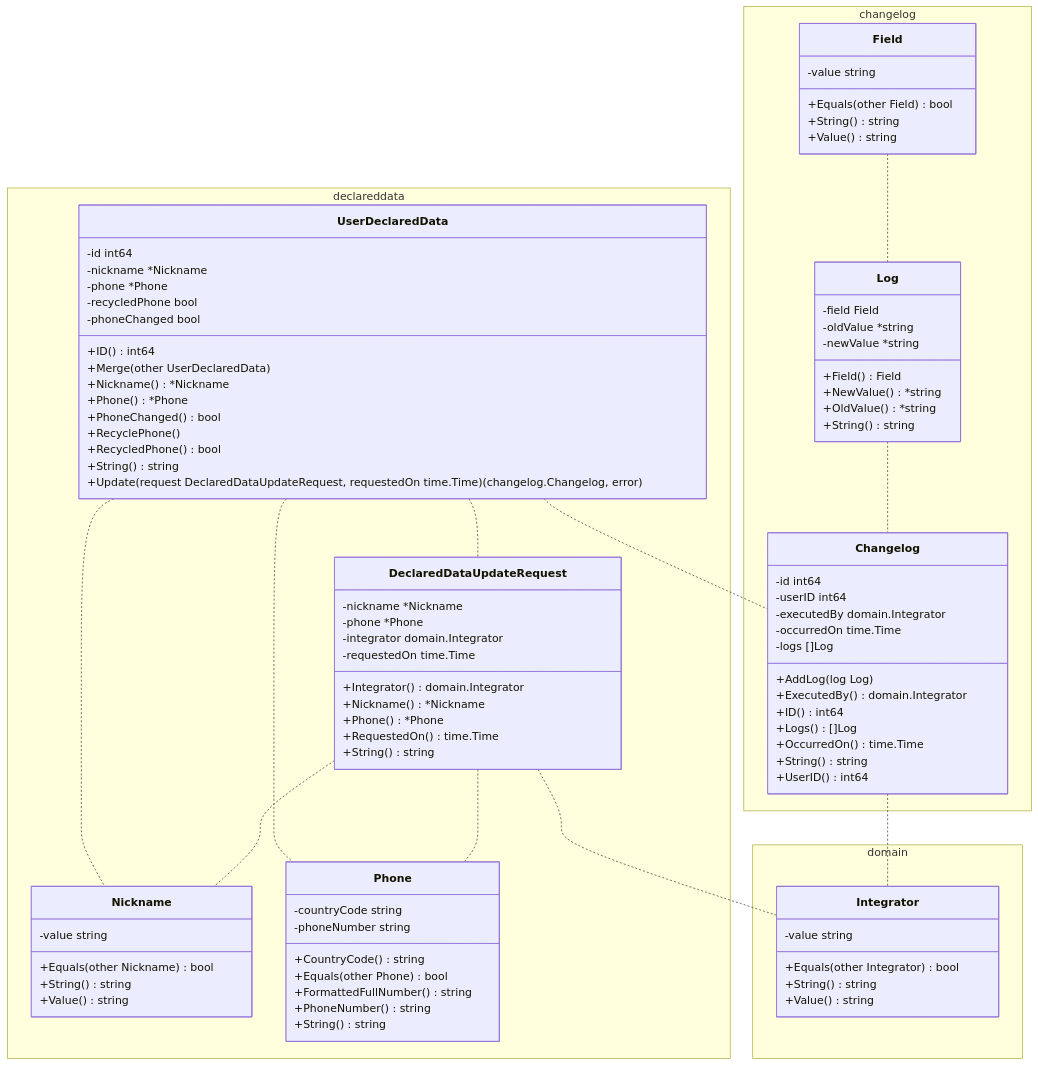
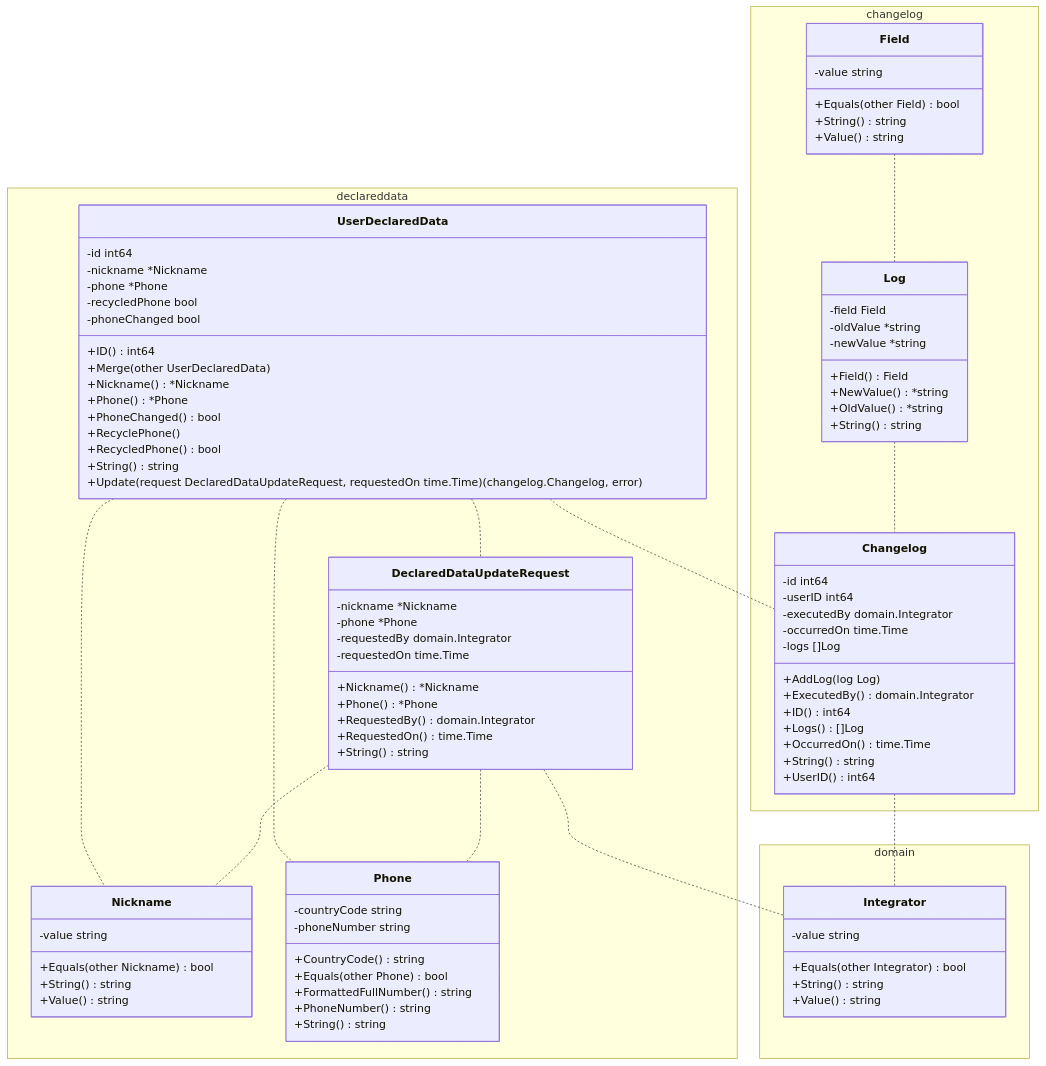
One commit to jdgonzalez907/go-clean-arch changed the diagram in full_example/README.md. Above: the diagram before and after it, drawn with Mermaid. The commit also changed 2 other files, not shown here.

Commit message:
fix class diagram and naming funcs

```diff
--- a/full_example/README.md
+++ b/full_example/README.md
@@ -79,12 +79,12 @@
         class DeclaredDataUpdateRequest {
             -nickname    *Nickname
             -phone       *Phone
-            -integrator  domain.Integrator
+            -requestedBy  domain.Integrator
             -requestedOn time.Time
 
-            +Integrator() domain.Integrator
             +Nickname() *Nickname
             +Phone() *Phone
+            +RequestedBy() domain.Integrator
             +RequestedOn() time.Time
             +String() string
         }
```
